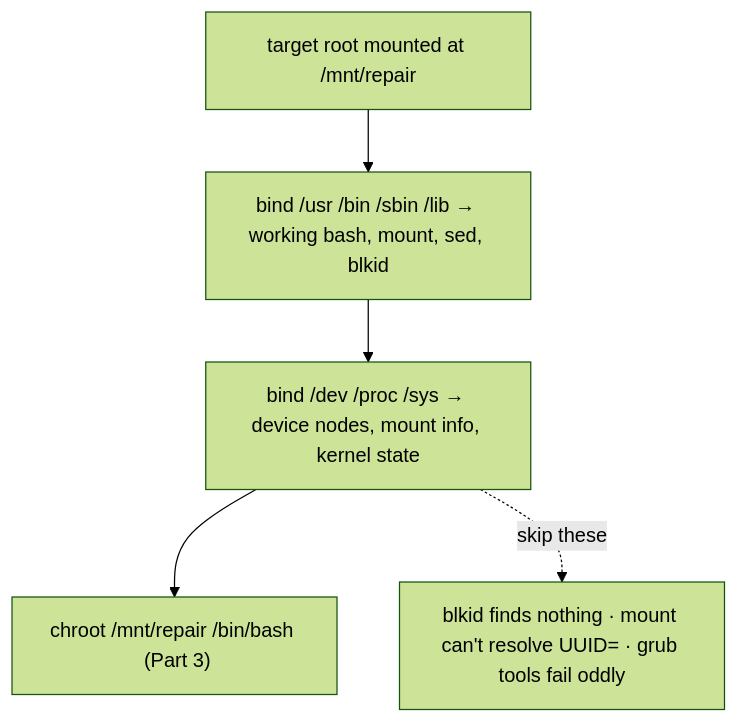
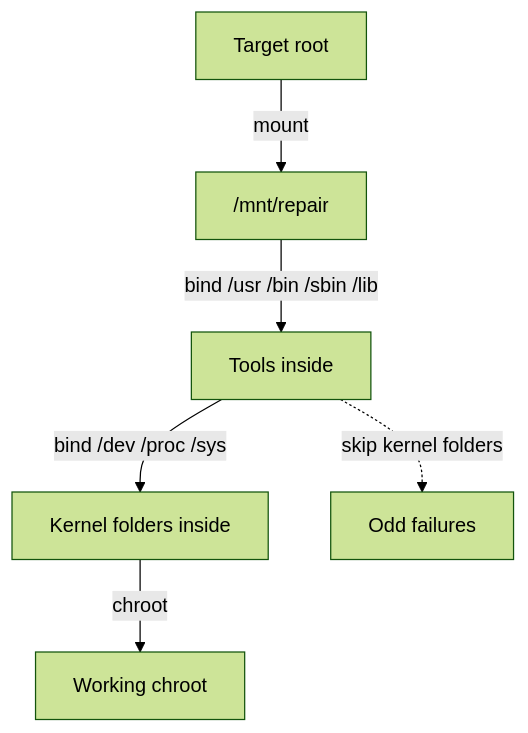
Before and after one commit to astrona-io/ATS002: the diagram in sections/section-080/module-01/course-02-mount-and-get-tools-in.md, drawn with Mermaid (forest theme). The commit also changed other lines of this file and 615 other files, not shown here.

````diff
--- a/sections/section-080/module-01/course-02-mount-and-get-tools-in.md
+++ b/sections/section-080/module-01/course-02-mount-and-get-tools-in.md
@@ -64,7 +76,8 @@
 ```mermaid
 flowchart TD
-    T["target root mounted at /mnt/repair"] --> U["bind /usr /bin /sbin /lib → working bash, mount, sed, blkid"]
-    U --> K["bind /dev /proc /sys → device nodes, mount info, kernel state"]
-    K --> C["chroot /mnt/repair /bin/bash  (Part 3)"]
-    K -.skip these.-> FAIL["blkid finds nothing · mount can't resolve UUID= · grub tools fail oddly"]
+    T["Target root"] -->|"mount"| R["/mnt/repair"]
+    R -->|"bind /usr /bin /sbin /lib"| U["Tools inside"]
+    U -->|"bind /dev /proc /sys"| K["Kernel folders inside"]
+    K -->|"chroot"| C["Working chroot"]
+    U -.->|"skip kernel folders"| F["Odd failures"]
 ```
````
